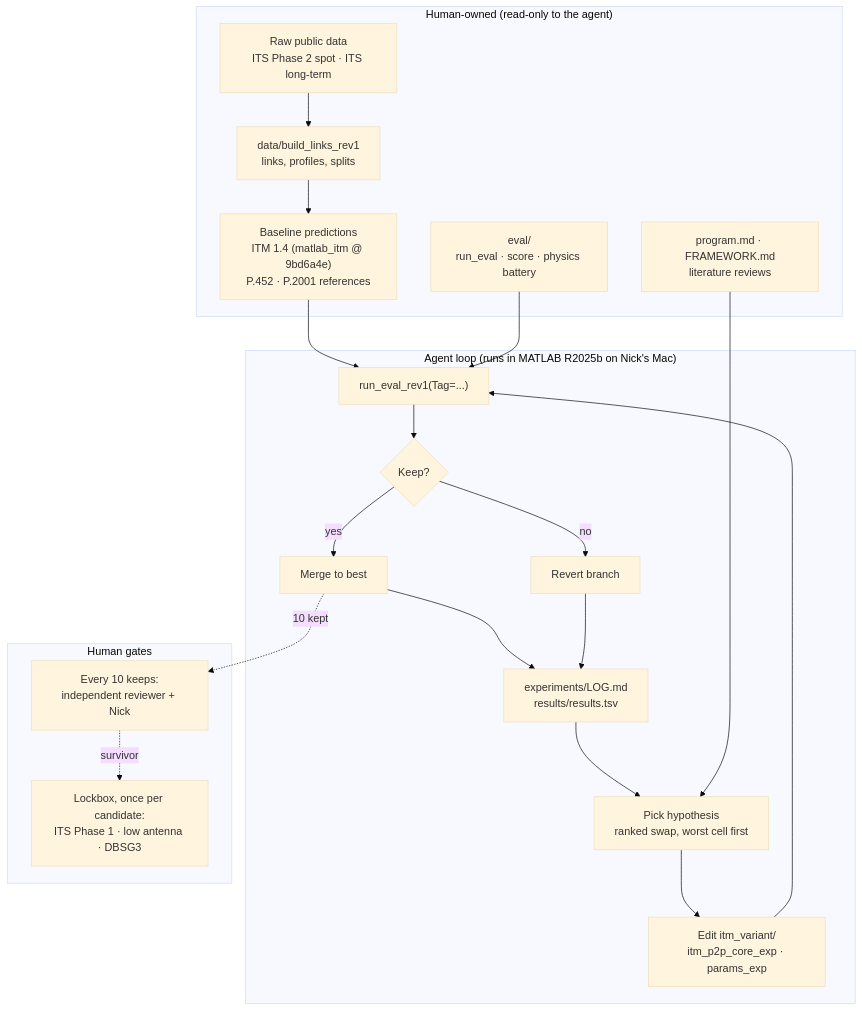
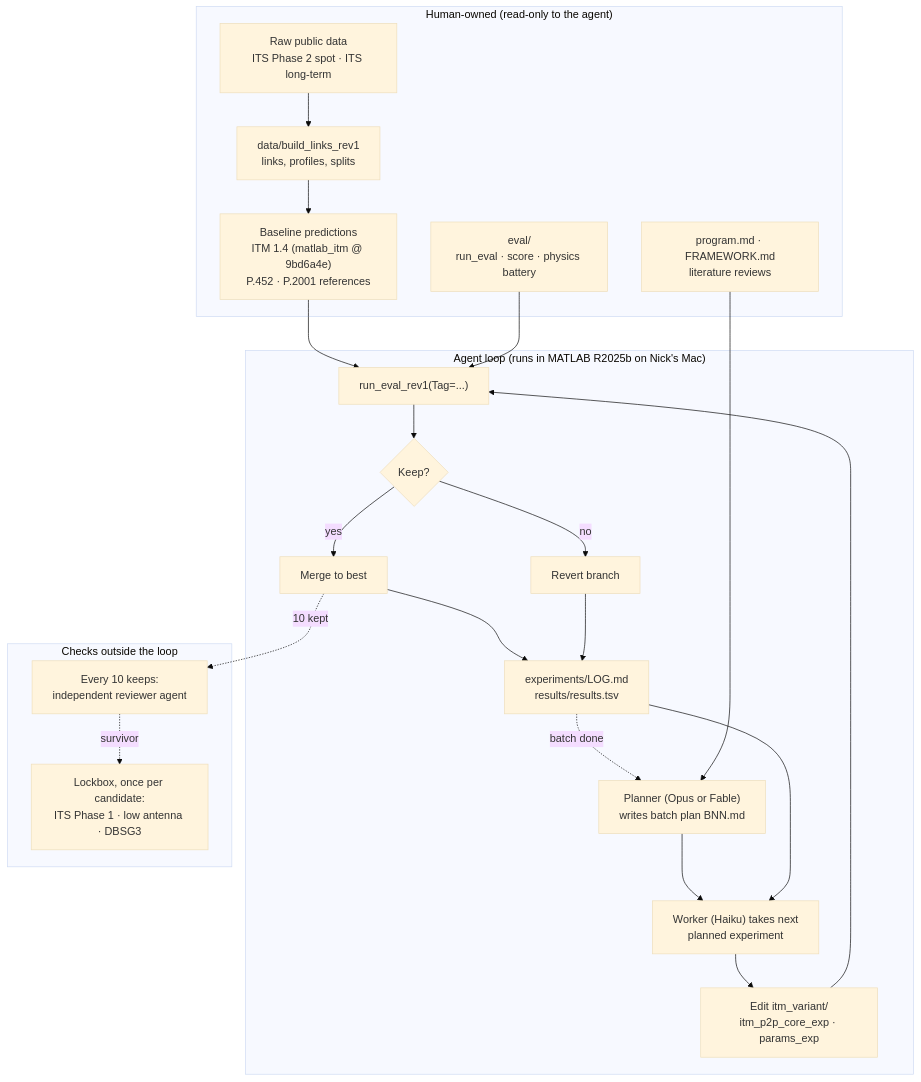
One commit to nicklasorte/ITM_ai_experiment changed the first of 2 diagrams in docs/FLOW.md. Above: the diagram before and after it, drawn with Mermaid (base theme). The commit also changed 5 other files, not shown here.

First line of the commit message:
Agent roles (planner/worker/reviewer); drop in-loop human review per Nick

````diff
--- a/docs/FLOW.md
+++ b/docs/FLOW.md
@@ -9,36 +9,39 @@
 ```mermaid
 flowchart TB
     subgraph HUMAN["Human-owned (read-only to the agent)"]
         RAW["Raw public data<br/>ITS Phase 2 spot · ITS long-term"]
         BUILD["data/build_links_rev1<br/>links, profiles, splits"]
         BASE["Baseline predictions<br/>ITM 1.4 (matlab_itm @ 9bd6a4e)<br/>P.452 · P.2001 references"]
         EVAL["eval/<br/>run_eval · score · physics battery"]
         PROG["program.md · FRAMEWORK.md<br/>literature reviews"]
         RAW --> BUILD --> BASE
     end
 
     subgraph AGENT["Agent loop (runs in MATLAB R2025b on Nick's Mac)"]
-        PICK["Pick hypothesis<br/>ranked swap, worst cell first"]
+        PLAN["Planner (Opus or Fable)<br/>writes batch plan BNN.md"]
+        PICK["Worker (Haiku) takes next<br/>planned experiment"]
+        PLAN --> PICK
         EDIT["Edit itm_variant/<br/>itm_p2p_core_exp · params_exp"]
         RUN["run_eval_rev1(Tag=...)"]
         DEC{"Keep?"}
         KEEP["Merge to best"]
         REV["Revert branch"]
         LOG["experiments/LOG.md<br/>results/results.tsv"]
         PICK --> EDIT --> RUN --> DEC
         DEC -- "yes" --> KEEP --> LOG
         DEC -- "no" --> REV --> LOG
         LOG --> PICK
+        LOG -. "batch done" .-> PLAN
     end
 
-    PROG --> PICK
+    PROG --> PLAN
     BASE --> RUN
     EVAL --> RUN
 
-    subgraph GATE["Human gates"]
-        REVIEW["Every 10 keeps:<br/>independent reviewer + Nick"]
+    subgraph GATE["Checks outside the loop"]
+        REVIEW["Every 10 keeps:<br/>independent reviewer agent"]
         LOCK["Lockbox, once per candidate:<br/>ITS Phase 1 · low antenna · DBSG3"]
     end
     KEEP -. "10 kept" .-> REVIEW
     REVIEW -. "survivor" .-> LOCK
 ```
````
